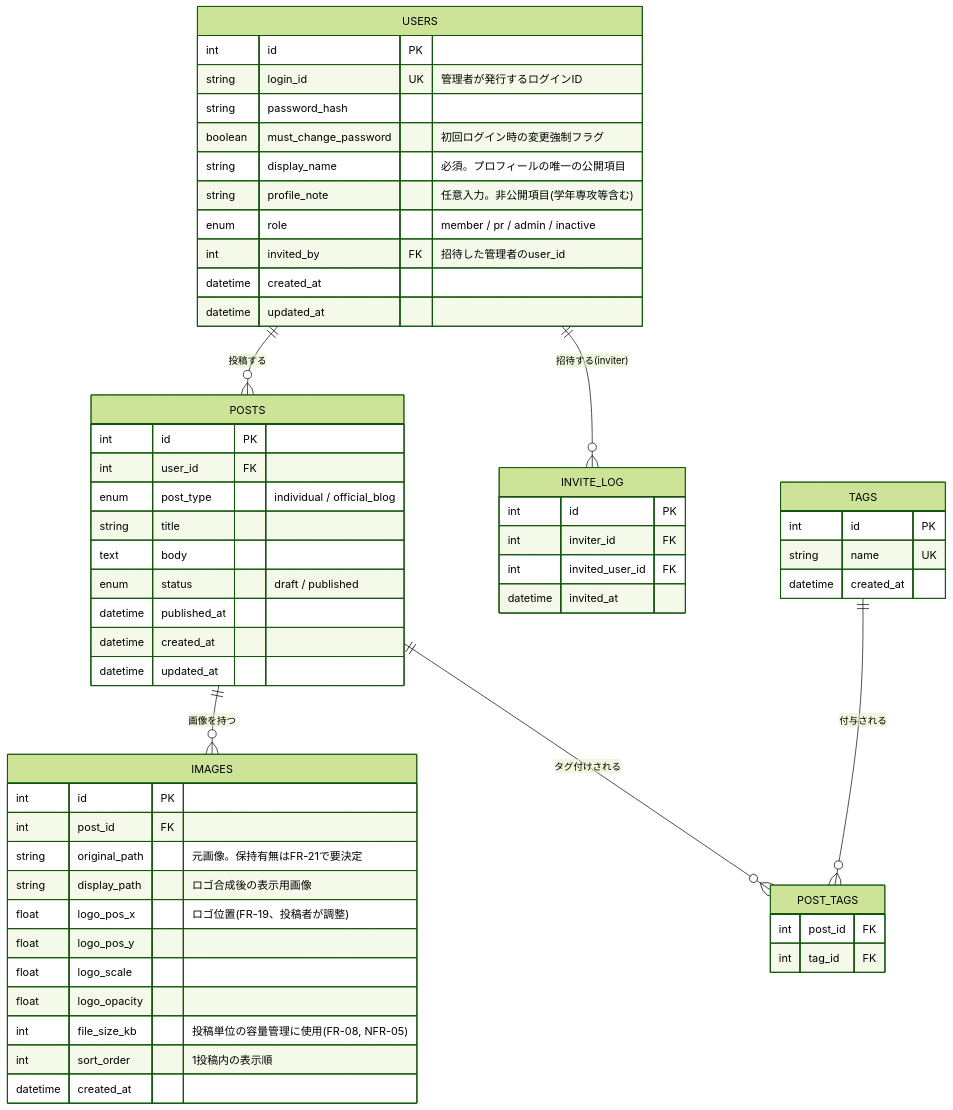
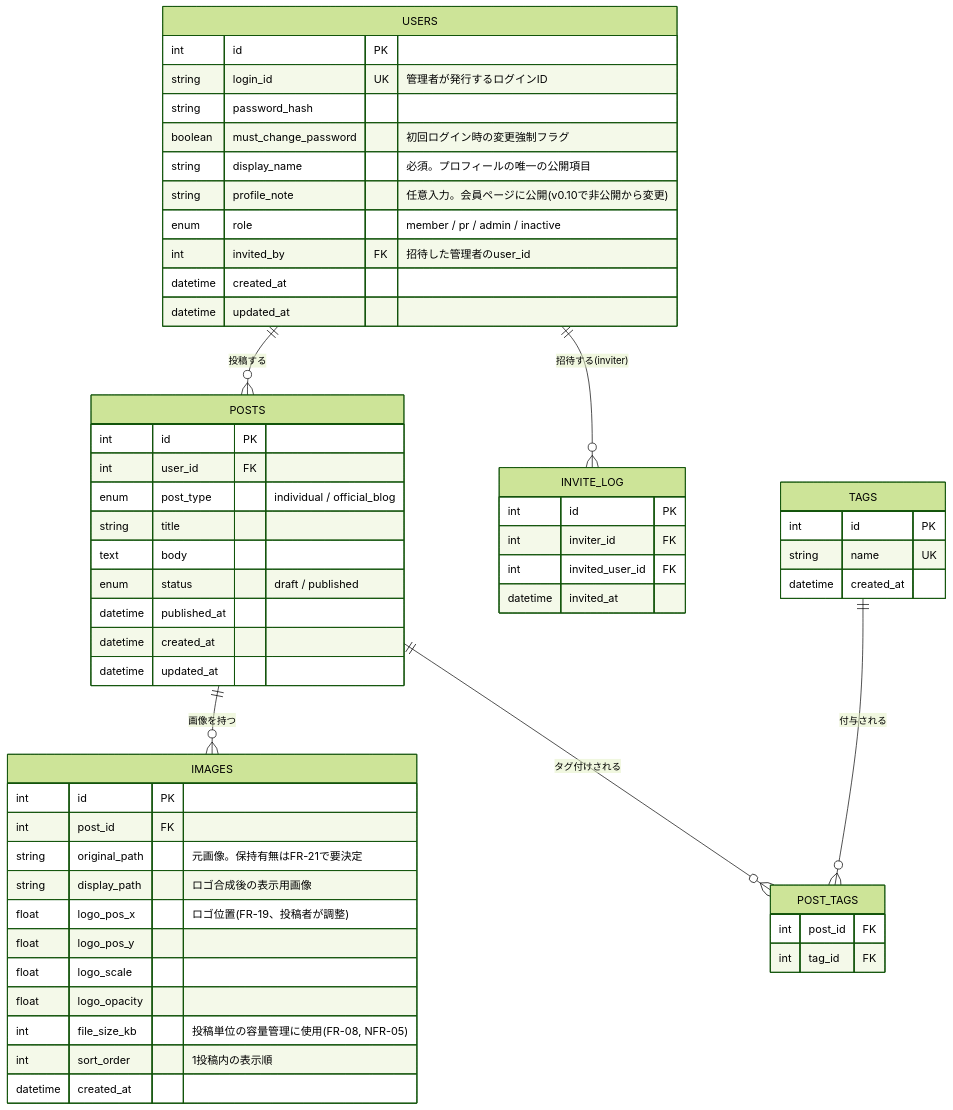
One commit to 24RS108-create/ksmc-website changed the diagram in docs/db_schema_draft_1.md. Above: the diagram before and after it, drawn with Mermaid (forest theme). The commit also changed other lines of this file and 4 other files, not shown here.

````diff
--- a/docs/db_schema_draft_1.md
+++ b/docs/db_schema_draft_1.md
@@ -7,65 +7,65 @@
 ```mermaid
 erDiagram
   USERS ||--o{ POSTS : "投稿する"
   USERS ||--o{ INVITE_LOG : "招待する(inviter)"
   POSTS ||--o{ IMAGES : "画像を持つ"
   POSTS ||--o{ POST_TAGS : "タグ付けされる"
   TAGS ||--o{ POST_TAGS : "付与される"
 
   USERS {
     int id PK
     string login_id UK "管理者が発行するログインID"
     string password_hash
     boolean must_change_password "初回ログイン時の変更強制フラグ"
     string display_name "必須。プロフィールの唯一の公開項目"
-    string profile_note "任意入力。非公開項目(学年専攻等含む)"
+    string profile_note "任意入力。会員ページに公開(v0.10で非公開から変更)"
     enum role "member / pr / admin / inactive"
     int invited_by FK "招待した管理者のuser_id"
     datetime created_at
     datetime updated_at
   }
 
   INVITE_LOG {
     int id PK
     int inviter_id FK
     int invited_user_id FK
     datetime invited_at
   }
 
   POSTS {
     int id PK
     int user_id FK
     enum post_type "individual / official_blog"
     string title
     text body
     enum status "draft / published"
     datetime published_at
     datetime created_at
     datetime updated_at
   }
 
   IMAGES {
     int id PK
     int post_id FK
     string original_path "元画像。保持有無はFR-21で要決定"
     string display_path "ロゴ合成後の表示用画像"
     float logo_pos_x "ロゴ位置(FR-19、投稿者が調整)"
     float logo_pos_y
     float logo_scale
     float logo_opacity
     int file_size_kb "投稿単位の容量管理に使用(FR-08, NFR-05)"
     int sort_order "1投稿内の表示順"
     datetime created_at
   }
 
   TAGS {
     int id PK
     string name UK
     datetime created_at
   }
 
   POST_TAGS {
     int post_id FK
     int tag_id FK
   }
 ```
````
